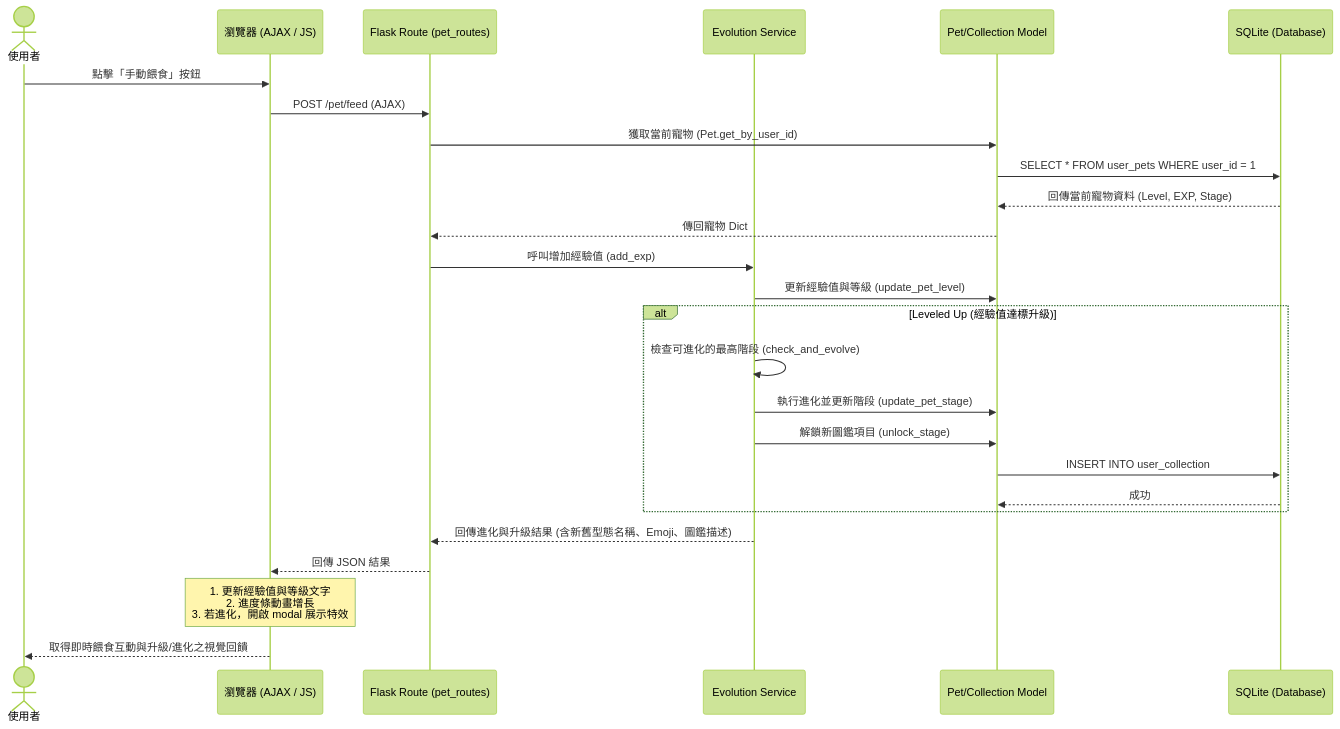
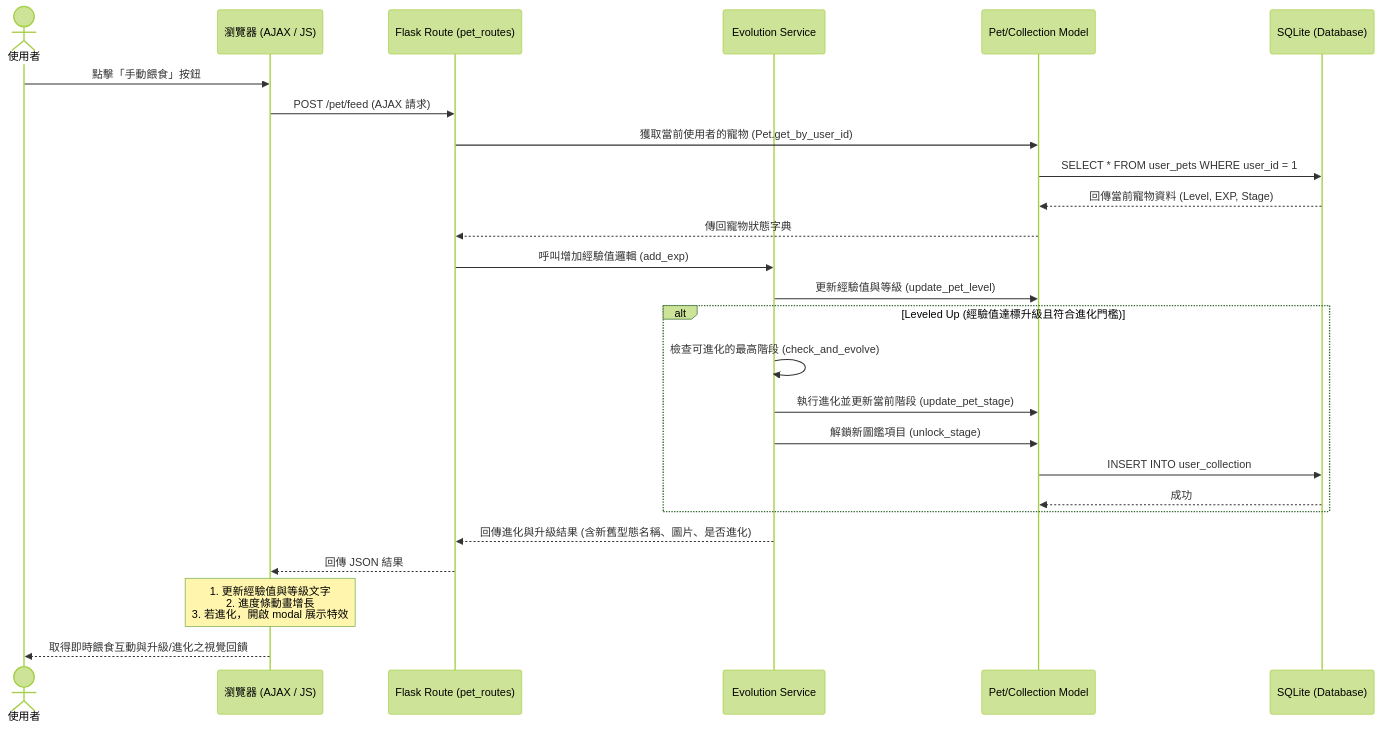
Before and after one commit to 960527jane-del/goodjob: the third of 3 diagrams in docs/FLOWCHART.md, drawn with Mermaid (forest theme). The commit also changed other lines of this file, not shown here.

Commit message:
docs: update flowchart to include user flows and route mapping

````diff
--- a/docs/FLOWCHART.md
+++ b/docs/FLOWCHART.md
@@ -78,32 +80,32 @@
 ```mermaid
 sequenceDiagram
     actor User as 使用者
     participant Browser as 瀏覽器 (AJAX / JS)
     participant Flask as Flask Route (pet_routes)
     participant Service as Evolution Service
     participant Model as Pet/Collection Model
     participant DB as SQLite (Database)
 
     User->>Browser: 點擊「手動餵食」按鈕
-    Browser->>Flask: POST /pet/feed (AJAX)
-    Flask->>Model: 獲取當前寵物 (Pet.get_by_user_id)
+    Browser->>Flask: POST /pet/feed (AJAX 請求)
+    Flask->>Model: 獲取當前使用者的寵物 (Pet.get_by_user_id)
     Model->>DB: SELECT * FROM user_pets WHERE user_id = 1
     DB-->>Model: 回傳當前寵物資料 (Level, EXP, Stage)
-    Model-->>Flask: 傳回寵物 Dict
+    Model-->>Flask: 傳回寵物狀態字典
     
-    Flask->>Service: 呼叫增加經驗值 (add_exp)
+    Flask->>Service: 呼叫增加經驗值邏輯 (add_exp)
     Service->>Model: 更新經驗值與等級 (update_pet_level)
     
-    alt Leveled Up (經驗值達標升級)
+    alt Leveled Up (經驗值達標升級且符合進化門檻)
         Service->>Service: 檢查可進化的最高階段 (check_and_evolve)
-        Service->>Model: 執行進化並更新階段 (update_pet_stage)
+        Service->>Model: 執行進化並更新當前階段 (update_pet_stage)
         Service->>Model: 解鎖新圖鑑項目 (unlock_stage)
         Model->>DB: INSERT INTO user_collection
         DB-->>Model: 成功
     end
     
-    Service-->>Flask: 回傳進化與升級結果 (含新舊型態名稱、Emoji、圖鑑描述)
+    Service-->>Flask: 回傳進化與升級結果 (含新舊型態名稱、圖片、是否進化)
     Flask-->>Browser: 回傳 JSON 結果
     Note over Browser: 1. 更新經驗值與等級文字<br/>2. 進度條動畫增長<br/>3. 若進化，開啟 modal 展示特效
     Browser-->>User: 取得即時餵食互動與升級/進化之視覺回饋
 ```
````
